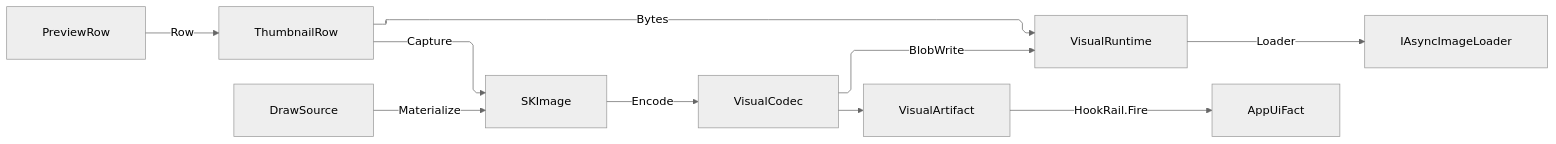
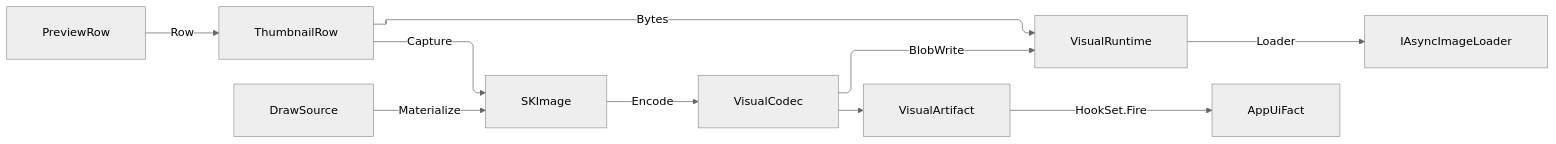
The diagram in libs/dotnet/Rasm.AppUi/.planning/Render/capture.md (bsamiee/Rasm), drawn with Mermaid (neutral theme) before and after one commit. The commit also changed other lines of this file and 1997 other files, not shown here.

````diff
--- a/libs/dotnet/Rasm.AppUi/.planning/Render/capture.md
+++ b/libs/dotnet/Rasm.AppUi/.planning/Render/capture.md
@@ -507,21 +507,21 @@
 ```mermaid
 ---
 config:
   layout: elk
   flowchart:
     curve: linear
     padding: 25
 ---
 flowchart LR
     accTitle: Thumbnail capture flow
     accDescr: Host capture or a preview row produces an image that encodes into a content-keyed artifact and a durable blob the display cache reads.
     PreviewRow -->|Row| ThumbnailRow
     ThumbnailRow -->|Capture| SKImage
     DrawSource -->|Materialize| SKImage
     SKImage -->|Encode| VisualCodec
     VisualCodec -->|BlobWrite| VisualRuntime
     VisualCodec --> VisualArtifact
-    VisualArtifact -->|HookRail.Fire| AppUiFact
+    VisualArtifact -->|HookSet.Fire| AppUiFact
     ThumbnailRow -->|Bytes| VisualRuntime
     VisualRuntime -->|Loader| IAsyncImageLoader
 ```
````
